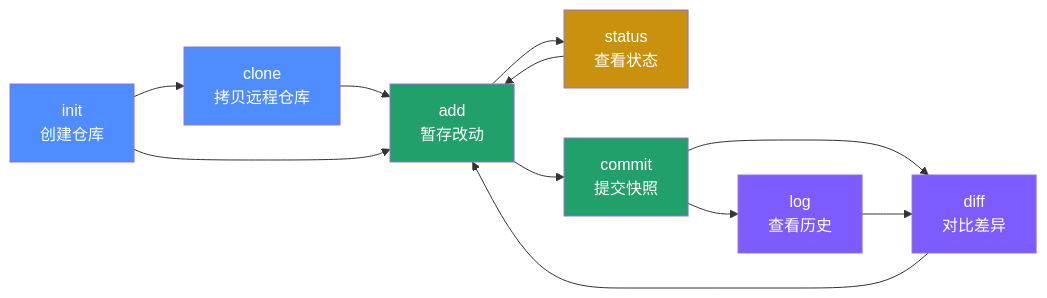
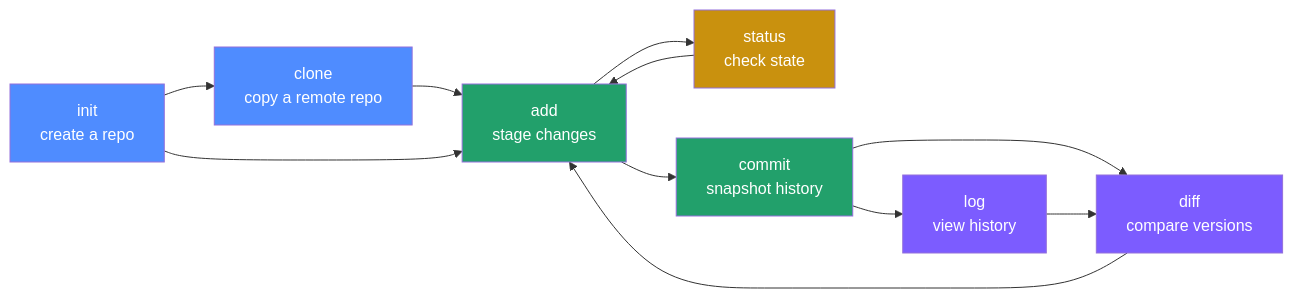
Before and after one commit to kelvinlee97/engineering: the first of 2 diagrams in Git/basics/README.md, drawn with Mermaid. The commit also changed other lines of this file and 16 other files, not shown here.

First line of the commit message:
fix: conform Git tutorial to bilingual + Mermaid accessibility contract

````diff
--- a/Git/basics/README.md
+++ b/Git/basics/README.md
@@ -9,21 +11,23 @@
 ```mermaid
 flowchart LR
-    A[init<br/>创建仓库] --> B[clone<br/>拷贝远程仓库]
-    B --> C[add<br/>暂存改动]
+    accTitle: Recommended order for learning Git's 7 core commands
+    accDescr: Start a repository with init or clone, then loop through add, status, and commit; use log and diff to inspect history and differences, with diff often sending you back to add for another round of edits.
+    A[init<br/>create a repo] --> B[clone<br/>copy a remote repo]
+    B --> C[add<br/>stage changes]
     A --> C
-    C --> D[status<br/>查看状态]
+    C --> D[status<br/>check state]
     D --> C
-    C --> E[commit<br/>提交快照]
-    E --> F[log<br/>查看历史]
-    E --> G[diff<br/>对比差异]
+    C --> E[commit<br/>snapshot history]
+    E --> F[log<br/>view history]
+    E --> G[diff<br/>compare versions]
     G --> C
     F --> G
 
     style A fill:#4f8cff,color:#fff
     style B fill:#4f8cff,color:#fff
     style C fill:#22a06b,color:#fff
     style D fill:#c9910e,color:#fff
     style E fill:#22a06b,color:#fff
     style F fill:#7c5cff,color:#fff
     style G fill:#7c5cff,color:#fff
 ```
````
